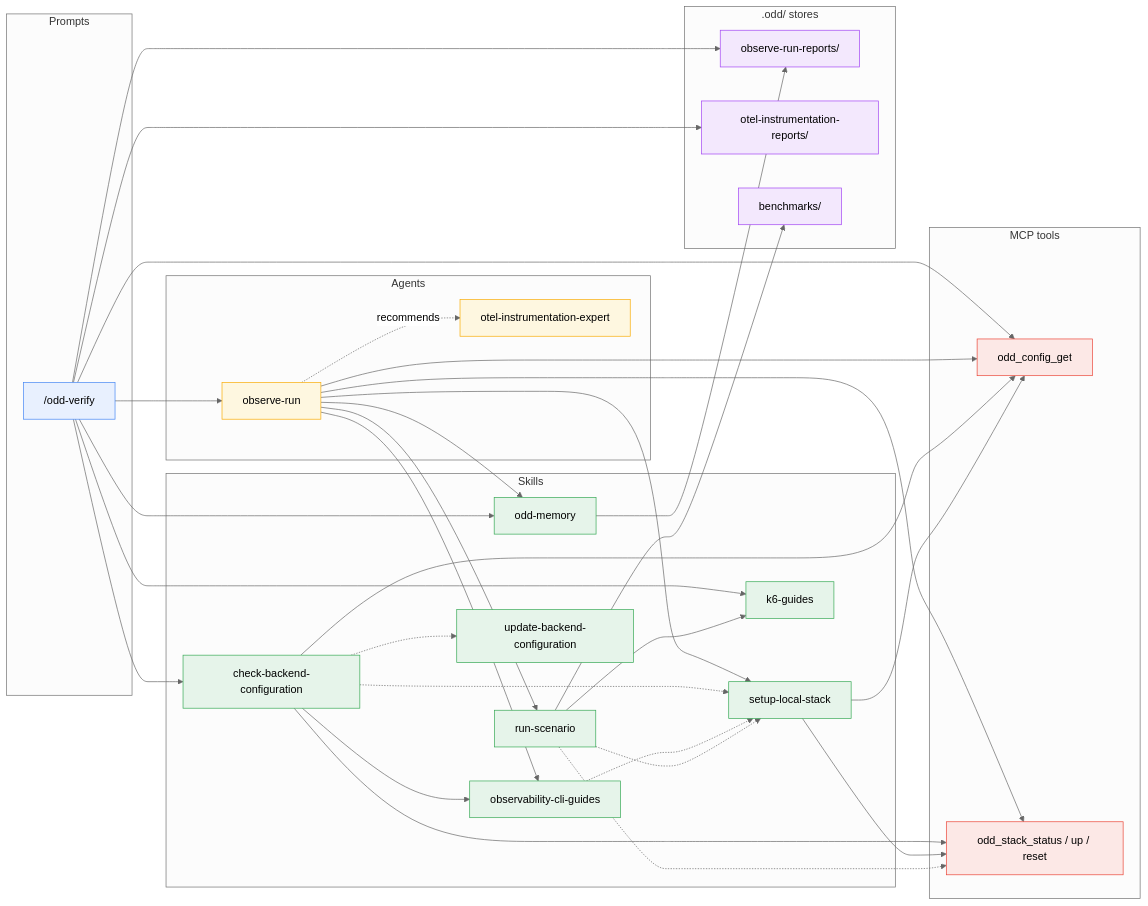
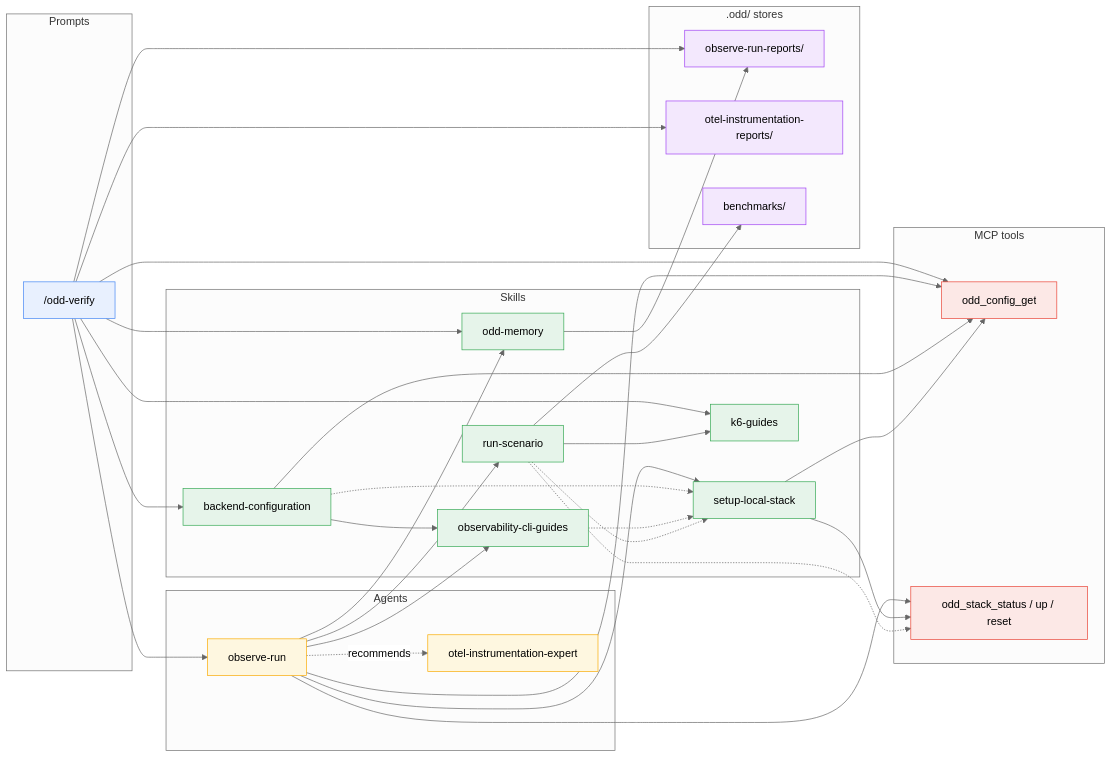
The fourth of 7 diagrams in docs/guide/dependencies.md (using-system/oddyssey), drawn with Mermaid (neutral theme) before and after one commit. The commit also changed other lines of this file and 14 other files, not shown here.

Commit message:
feat(skill): backend-configuration - one skill for the check and the switch of the configured backend (#318)

````diff
--- a/docs/guide/dependencies.md
+++ b/docs/guide/dependencies.md
@@ -232,75 +229,72 @@
 ```mermaid
 flowchart LR
   subgraph Prompts
     verify["/odd-verify"]
   end
 
   subgraph Agents
     runner[observe-run]
     expert[otel-instrumentation-expert]
   end
 
   subgraph Skills
-    cbc[check-backend-configuration]
+    bc[backend-configuration]
     ocg[observability-cli-guides]
     sls[setup-local-stack]
     rs[run-scenario]
     kg[k6-guides]
     mem[odd-memory]
-    ubc[update-backend-configuration]
   end
 
   subgraph MCP["MCP tools"]
     cfgget[odd_config_get]
     stack[odd_stack_status / up / reset]
   end
 
   subgraph Stores[".odd/ stores"]
     obsdir[observe-run-reports/]
     insdir[otel-instrumentation-reports/]
     benchdir[benchmarks/]
   end
 
   verify --> runner
-  verify --> cbc
+  verify --> bc
   verify --> mem
   verify --> cfgget
   verify --> kg
   verify --> obsdir
   verify --> insdir
   mem --> obsdir
 
   runner --> ocg
   runner --> sls
   runner --> rs
   runner --> mem
   runner --> cfgget
   runner --> stack
   runner -. recommends .-> expert
 
-  cbc -.-> sls
-  cbc -.-> ubc
-  cbc --> ocg
-  cbc --> cfgget
-  cbc --> stack
+  bc -.-> sls
+  bc --> ocg
+  bc --> cfgget
   ocg -.-> sls
   sls --> cfgget
   sls --> stack
   rs -.-> stack
   rs -.-> sls
   rs --> kg
   rs --> benchdir
 
 
 
   classDef prompt fill:#e8f0fe,stroke:#4285f4
   classDef agent fill:#fef7e0,stroke:#f9ab00
   classDef skill fill:#e6f4ea,stroke:#34a853
   classDef mcp fill:#fce8e6,stroke:#ea4335
   classDef store fill:#f3e8fd,stroke:#a142f4
   class verify prompt
   class runner,expert agent
-  class cbc,ocg,sls,rs,kg,mem,ubc skill
+  class bc,ocg,sls,rs,kg,mem skill
   class cfgget,stack mcp
   class obsdir,insdir,benchdir store
 ```
````
